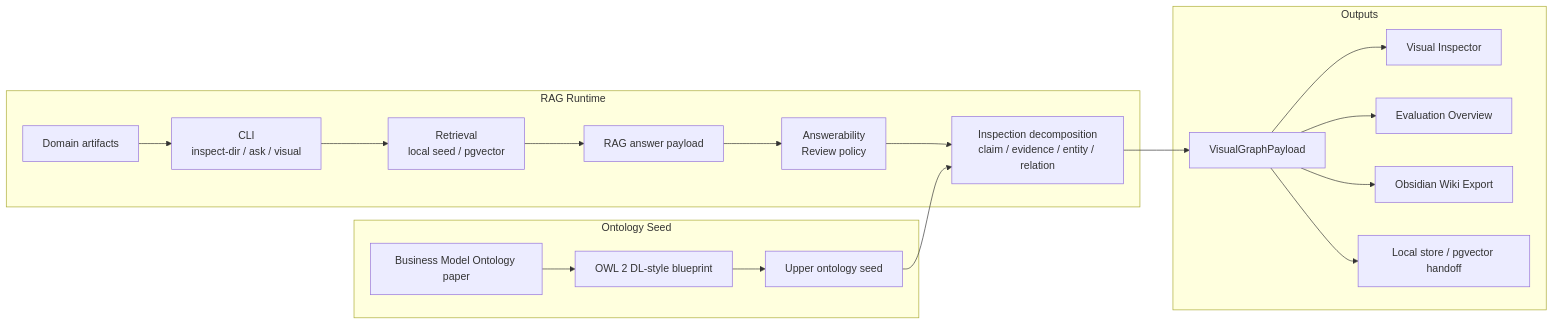
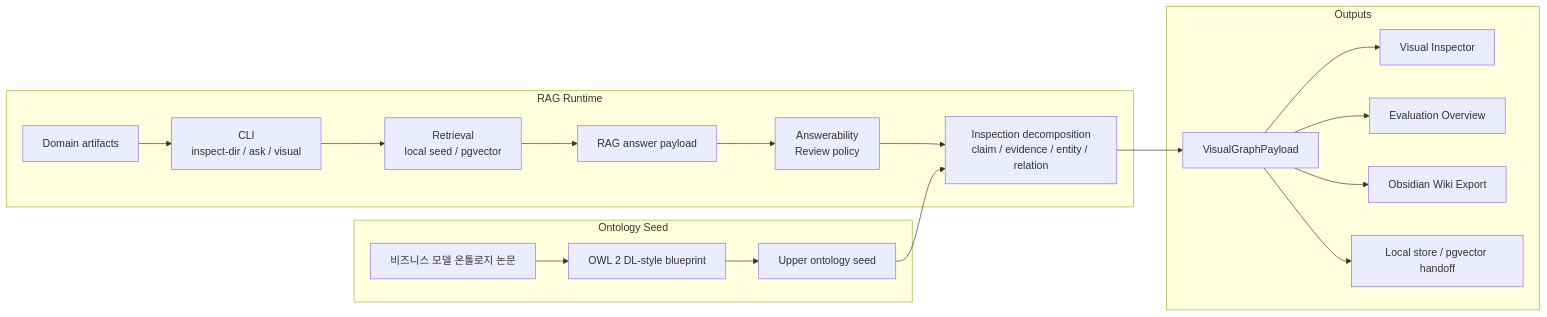
The third of 3 diagrams in README.md (jungyonghi/bike-onto), drawn with Mermaid before and after one commit. The commit also changed other lines of this file and 2 other files, not shown here.

````diff
--- a/README.md
+++ b/README.md
@@ -353,33 +353,33 @@
 ```mermaid
 flowchart LR
     subgraph S[Ontology Seed]
-        BMO[Business Model Ontology paper]
+        BMO[비즈니스 모델 온톨로지 논문]
         BP[OWL 2 DL-style blueprint]
         US[Upper ontology seed]
         BMO --> BP --> US
     end
 
     subgraph R[RAG Runtime]
         DA[Domain artifacts]
         CLI[CLI\ninspect-dir / ask / visual]
         RET[Retrieval\nlocal seed / pgvector]
         PAY[RAG answer payload]
         POL[Answerability\nReview policy]
         DEC[Inspection decomposition\nclaim / evidence / entity / relation]
         DA --> CLI --> RET --> PAY --> POL --> DEC
         US --> DEC
     end
 
     subgraph O[Outputs]
         VGP[VisualGraphPayload]
         VI[Visual Inspector]
         EV[Evaluation Overview]
         OW[Obsidian Wiki Export]
         DB[Local store / pgvector handoff]
         DEC --> VGP
         VGP --> VI
         VGP --> EV
         VGP --> OW
         VGP --> DB
     end
 ```
````
